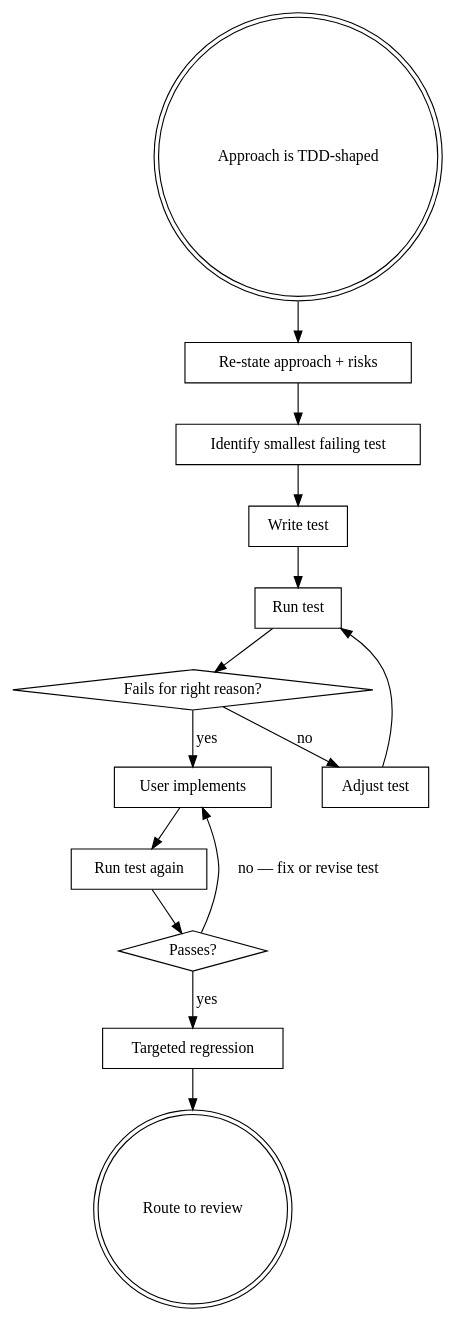
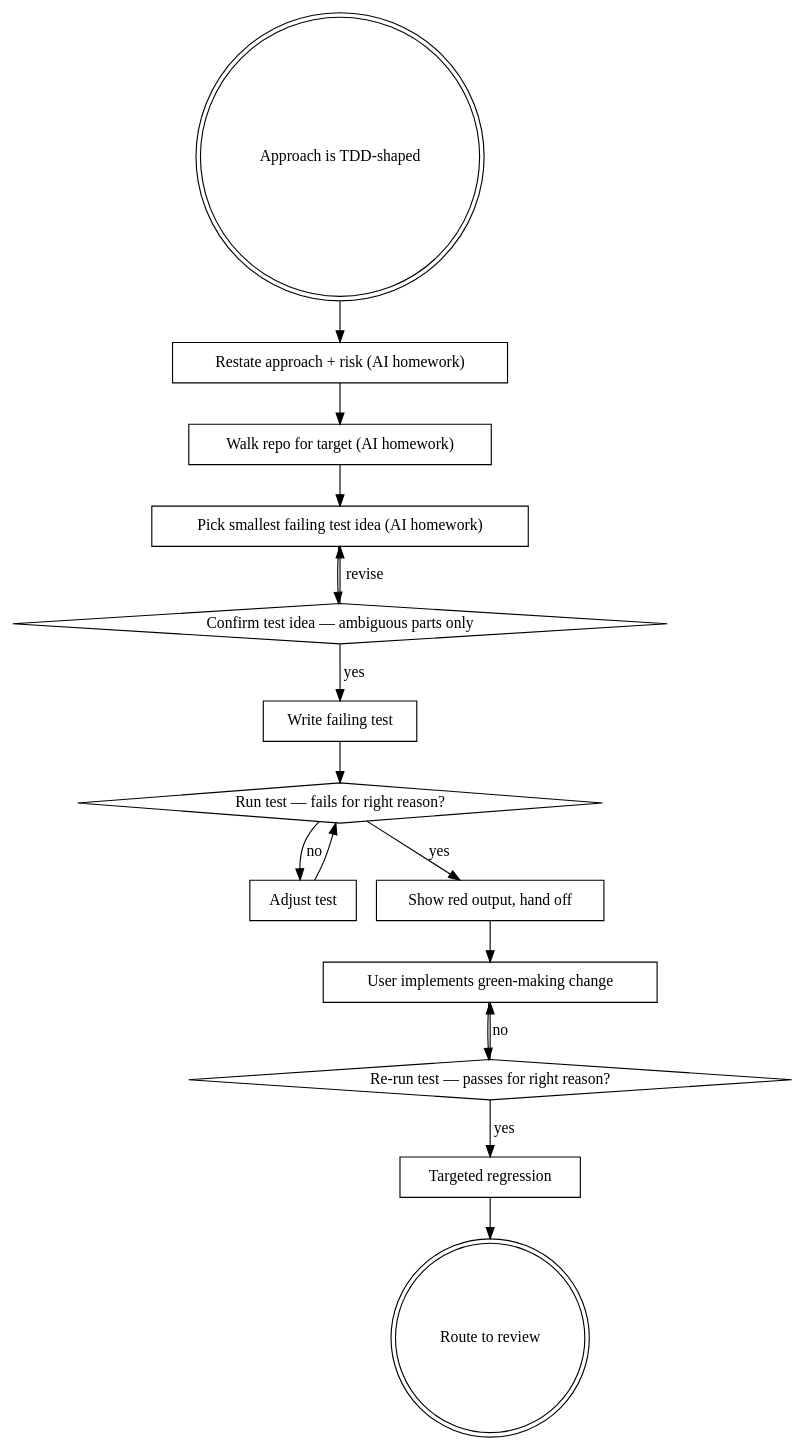
One commit to sumithr/sumo-qa changed the diagram in skills/qa-implementing-with-tdd/SKILL.md. Above: the diagram before and after it, drawn with Graphviz. The commit also changed other lines of this file and 15 other files, not shown here.

````diff
--- a/skills/qa-implementing-with-tdd/SKILL.md
+++ b/skills/qa-implementing-with-tdd/SKILL.md
@@ -37,31 +60,34 @@
 ```dot
 digraph qa_implementing_with_tdd {
     rankdir=TB;
     "Approach is TDD-shaped" [shape=doublecircle];
-    "Re-state approach + risks" [shape=box];
-    "Identify smallest failing test" [shape=box];
-    "Write test" [shape=box];
-    "Run test" [shape=box];
-    "Fails for right reason?" [shape=diamond];
+    "Restate approach + risk (AI homework)" [shape=box];
+    "Walk repo for target (AI homework)" [shape=box];
+    "Pick smallest failing test idea (AI homework)" [shape=box];
+    "Confirm test idea — ambiguous parts only" [shape=diamond];
+    "Write failing test" [shape=box];
+    "Run test — fails for right reason?" [shape=diamond];
     "Adjust test" [shape=box];
-    "User implements" [shape=box];
-    "Run test again" [shape=box];
-    "Passes?" [shape=diamond];
+    "Show red output, hand off" [shape=box];
+    "User implements green-making change" [shape=box];
+    "Re-run test — passes for right reason?" [shape=diamond];
     "Targeted regression" [shape=box];
     "Route to review" [shape=doublecircle];
 
-    "Approach is TDD-shaped" -> "Re-state approach + risks";
-    "Re-state approach + risks" -> "Identify smallest failing test";
-    "Identify smallest failing test" -> "Write test";
-    "Write test" -> "Run test";
-    "Run test" -> "Fails for right reason?";
-    "Fails for right reason?" -> "Adjust test" [label="no"];
-    "Adjust test" -> "Run test";
-    "Fails for right reason?" -> "User implements" [label="yes"];
-    "User implements" -> "Run test again";
-    "Run test again" -> "Passes?";
-    "Passes?" -> "User implements" [label="no — fix or revise test"];
-    "Passes?" -> "Targeted regression" [label="yes"];
+    "Approach is TDD-shaped" -> "Restate approach + risk (AI homework)";
+    "Restate approach + risk (AI homework)" -> "Walk repo for target (AI homework)";
+    "Walk repo for target (AI homework)" -> "Pick smallest failing test idea (AI homework)";
+    "Pick smallest failing test idea (AI homework)" -> "Confirm test idea — ambiguous parts only";
+    "Confirm test idea — ambiguous parts only" -> "Write failing test" [label="yes"];
+    "Confirm test idea — ambiguous parts only" -> "Pick smallest failing test idea (AI homework)" [label="revise"];
+    "Write failing test" -> "Run test — fails for right reason?";
+    "Run test — fails for right reason?" -> "Adjust test" [label="no"];
+    "Adjust test" -> "Run test — fails for right reason?";
+    "Run test — fails for right reason?" -> "Show red output, hand off" [label="yes"];
+    "Show red output, hand off" -> "User implements green-making change";
+    "User implements green-making change" -> "Re-run test — passes for right reason?";
+    "Re-run test — passes for right reason?" -> "User implements green-making change" [label="no"];
+    "Re-run test — passes for right reason?" -> "Targeted regression" [label="yes"];
     "Targeted regression" -> "Route to review";
 }
 ```
````
